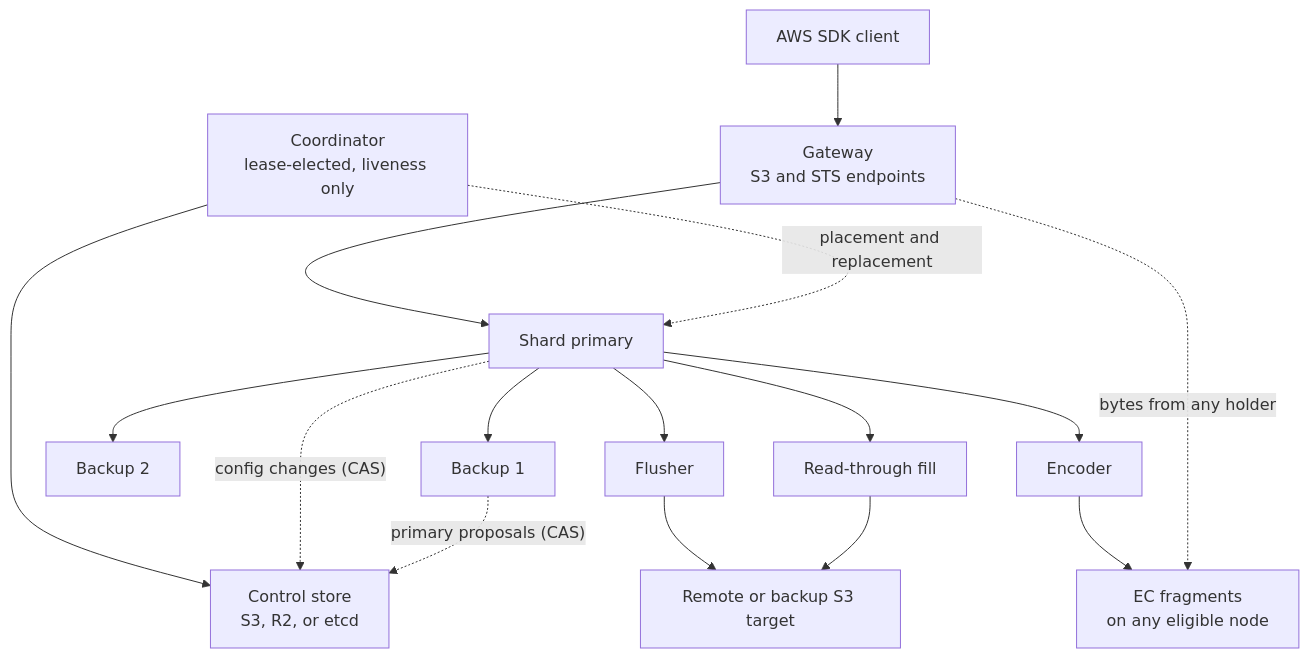
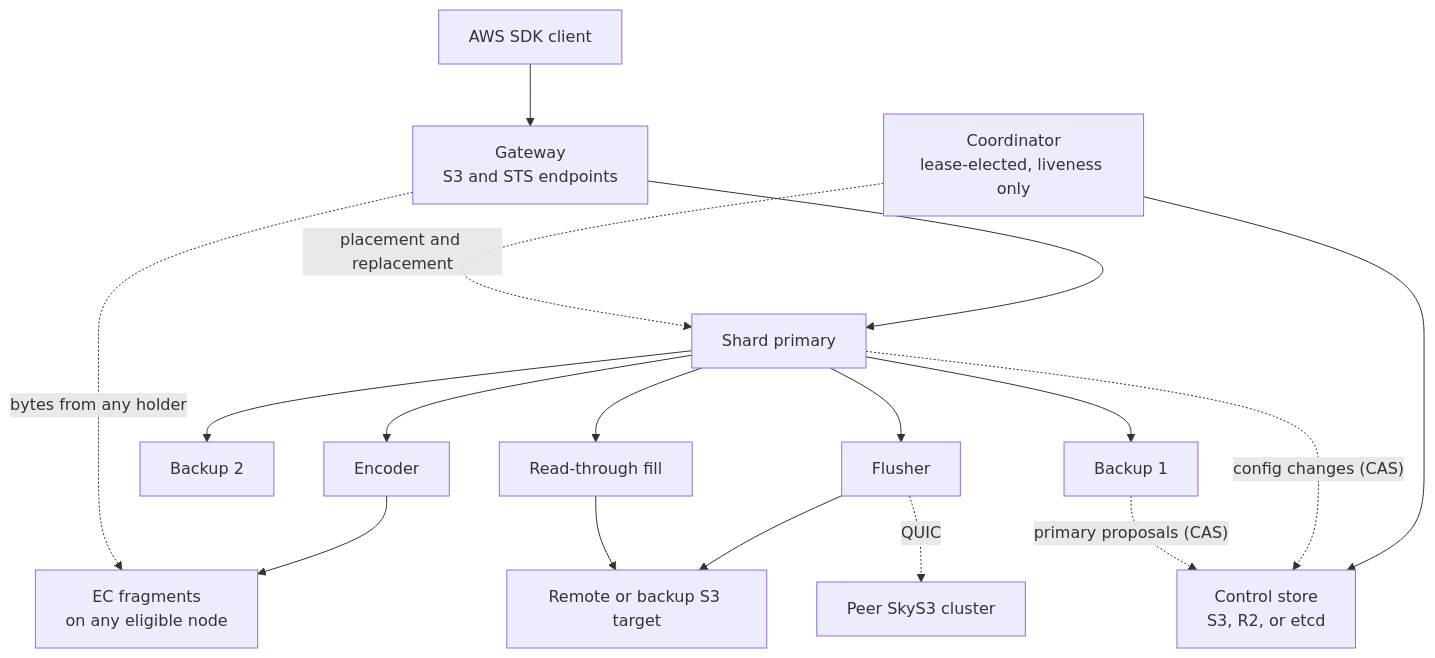
The first of 8 diagrams in docs/skys3-design.md (skys3/skys3), drawn with Mermaid before and after one commit. The commit also changed other lines of this file, not shown here.

````diff
--- a/docs/skys3-design.md
+++ b/docs/skys3-design.md
@@ -115,18 +116,19 @@
 ```mermaid
 flowchart TB
     Client["AWS SDK client"] --> GW["Gateway<br/>S3 and STS endpoints"]
     GW --> P["Shard primary"]
     P --> B1["Backup 1"]
     P --> B2["Backup 2"]
     P --> F["Flusher"]
     F --> Remote["Remote or backup S3 target"]
+    F -. "QUIC" .-> Peer["Peer SkyS3 cluster"]
     P --> Fill["Read-through fill"]
     Fill --> Remote
     P --> Enc["Encoder"]
     Enc --> Frag["EC fragments<br/>on any eligible node"]
     GW -. "bytes from any holder" .-> Frag
     Coord["Coordinator<br/>lease-elected, liveness only"] --> CS["Control store<br/>S3, R2, or etcd"]
     P -. "config changes (CAS)" .-> CS
     B1 -. "primary proposals (CAS)" .-> CS
     Coord -. "placement and replacement" .-> P
 ```
````
